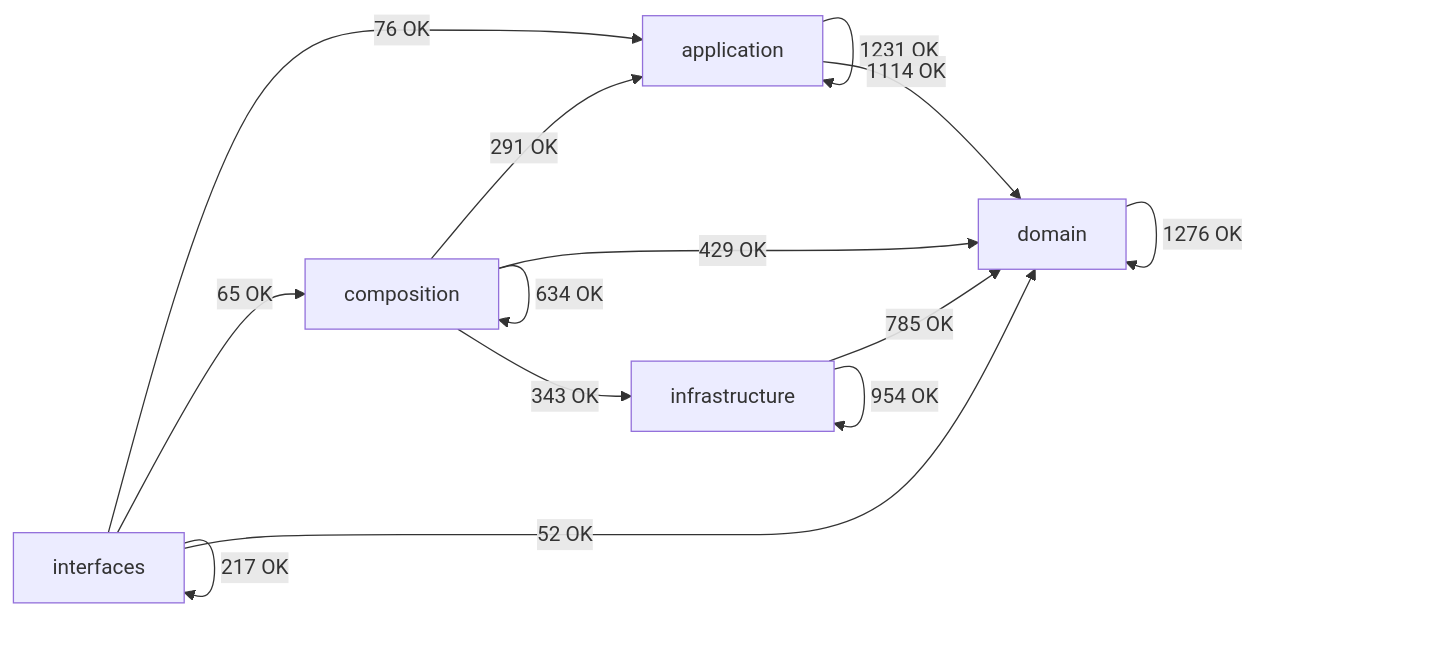
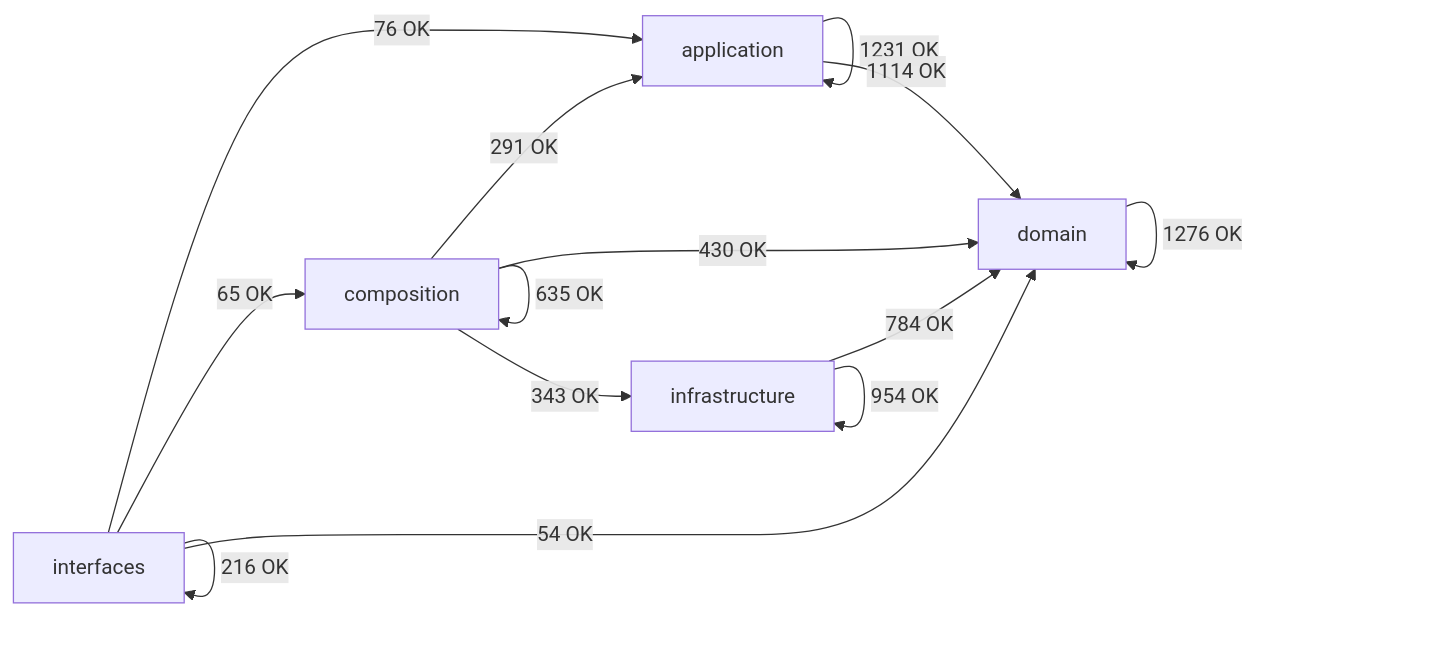
Before and after one commit to SatoryKono/BioactivityDataAcquisition: the diagram in docs/02-architecture/generated/module-dependency-map.md, drawn with Mermaid. The commit also changed other lines of this file and 49 other files, not shown here.

````diff
--- a/docs/02-architecture/generated/module-dependency-map.md
+++ b/docs/02-architecture/generated/module-dependency-map.md
@@ -17,21 +17,21 @@
 ```mermaid
 flowchart LR
     domain[domain]
     application[application]
     infrastructure[infrastructure]
     composition[composition]
     interfaces[interfaces]
     application -->|1231 OK| application
     application -->|1114 OK| domain
     composition -->|291 OK| application
-    composition -->|634 OK| composition
-    composition -->|429 OK| domain
+    composition -->|635 OK| composition
+    composition -->|430 OK| domain
     composition -->|343 OK| infrastructure
     domain -->|1276 OK| domain
-    infrastructure -->|785 OK| domain
+    infrastructure -->|784 OK| domain
     infrastructure -->|954 OK| infrastructure
     interfaces -->|76 OK| application
     interfaces -->|65 OK| composition
-    interfaces -->|52 OK| domain
-    interfaces -->|217 OK| interfaces
+    interfaces -->|54 OK| domain
+    interfaces -->|216 OK| interfaces
 ```
````
